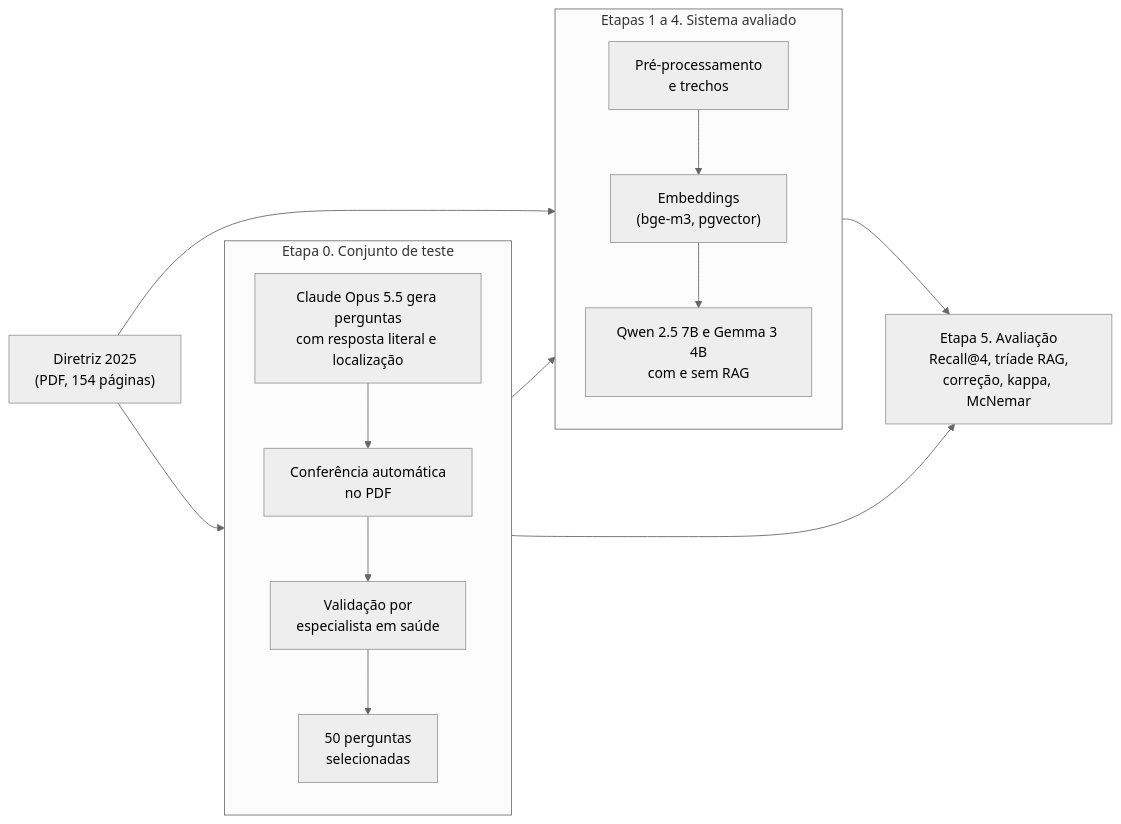
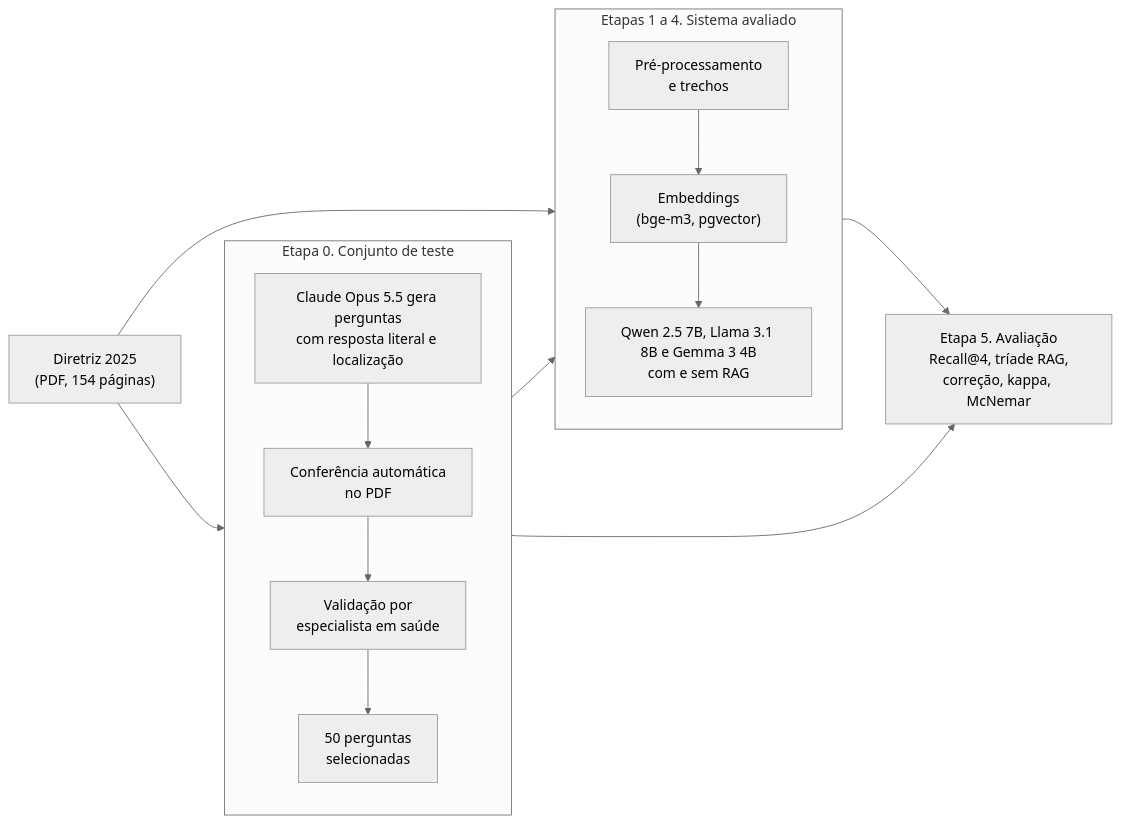
One commit to RodrigoVelez/mpti-tacd_202602-projeto changed the first of 2 diagrams in README.md. Above: the diagram before and after it, drawn with Mermaid (neutral theme). The commit also changed other lines of this file and 5 other files, not shown here.

````diff
--- a/README.md
+++ b/README.md
@@ -20,29 +20,29 @@
 ```mermaid
 flowchart LR
     PDF["Diretriz 2025<br/>(PDF, 154 páginas)"]
 
     subgraph G["Etapa 0. Conjunto de teste"]
         direction TB
         Q1["Claude Opus 5.5 gera perguntas<br/>com resposta literal e localização"]
         Q2["Conferência automática<br/>no PDF"]
         Q3["Validação por<br/>especialista em saúde"]
         Q4["50 perguntas<br/>selecionadas"]
         Q1 --> Q2 --> Q3 --> Q4
     end
 
     subgraph R["Etapas 1 a 4. Sistema avaliado"]
         direction TB
         R1["Pré-processamento<br/>e trechos"]
         R2["Embeddings<br/>(bge-m3, pgvector)"]
-        R3["Qwen 2.5 7B e Gemma 3 4B<br/>com e sem RAG"]
+        R3["Qwen 2.5 7B, Llama 3.1 8B e Gemma 3 4B<br/>com e sem RAG"]
         R1 --> R2 --> R3
     end
 
     A["Etapa 5. Avaliação<br/>Recall@4, tríade RAG,<br/>correção, kappa, McNemar"]
 
     PDF --> Q1
     PDF --> R1
     Q4 --> R3
     R3 --> A
     Q4 --> A
 ```
````
